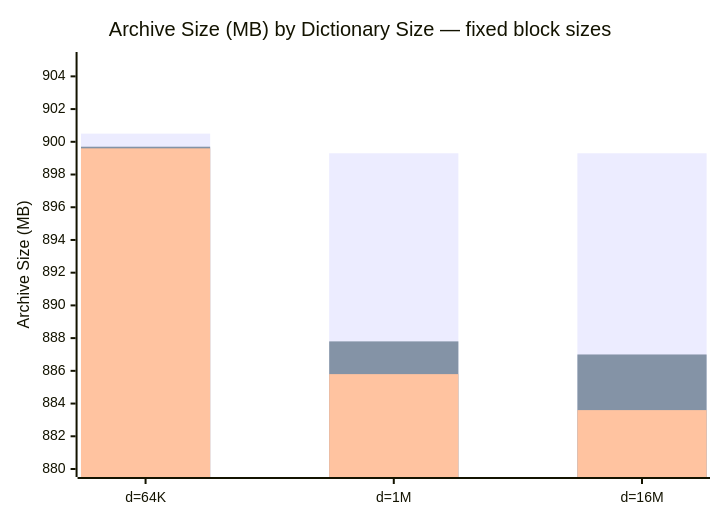
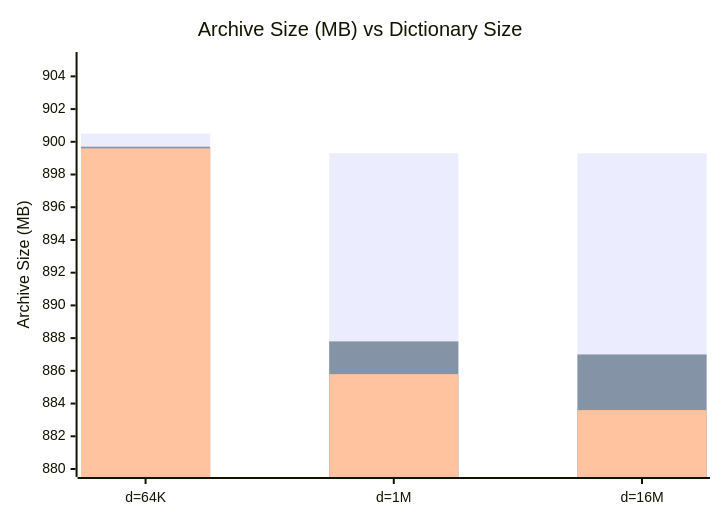
Before and after one commit to alfishe/7z-experiments: the fourth of 6 diagrams in 7z-benchmark/README.md, drawn with Mermaid. The commit also changed other lines of this file and 1 other file, not shown here.

````diff
--- a/7z-benchmark/README.md
+++ b/7z-benchmark/README.md
@@ -99,9 +101,9 @@
 ```mermaid
 xychart-beta
-    title "Archive Size (MB) by Dictionary Size — fixed block sizes"
+    title "Archive Size (MB) vs Dictionary Size"
     x-axis ["d=64K", "d=1M", "d=16M"]
     y-axis "Archive Size (MB)" 880 --> 905
     bar [900.5, 899.3, 899.3]
     bar [899.7, 887.8, 887.0]
     bar [899.6, 885.8, 883.6]
 ```
````
